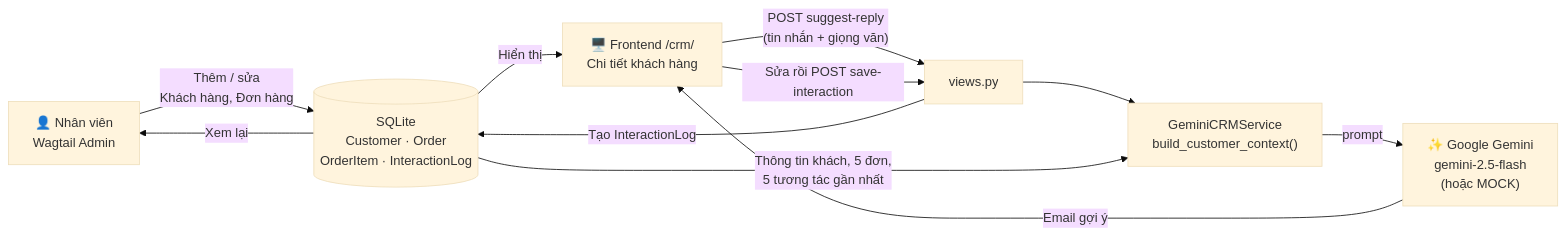
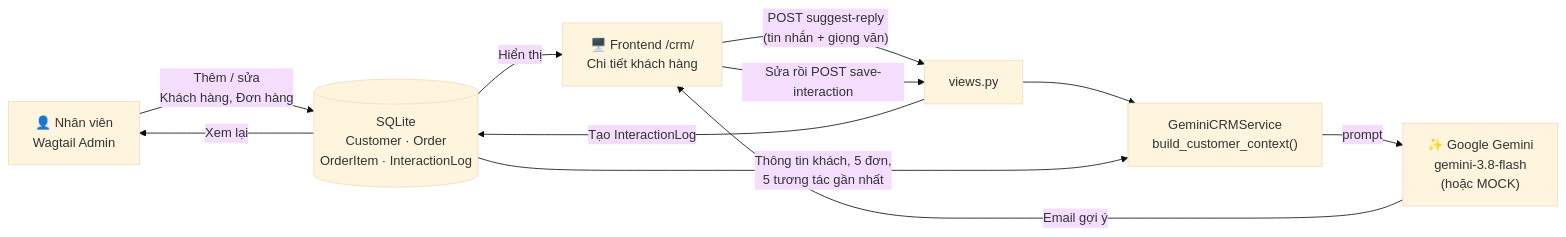
Before and after one commit to tbill111/Wagtail-CMS: the diagram in README.md, drawn with Mermaid (base theme). The commit also changed other lines of this file and 5 other files, not shown here.

First line of the commit message:
docs: hướng dẫn sử dụng & kiểm thử chi tiết; AI: model gemini-3.8-flash + model dự phòng

````diff
--- a/README.md
+++ b/README.md
@@ -28,13 +29,13 @@
 ```mermaid
 flowchart LR
     A["👤 Nhân viên<br/>Wagtail Admin"] -->|"Thêm / sửa<br/>Khách hàng, Đơn hàng"| DB[("SQLite<br/>Customer · Order<br/>OrderItem · InteractionLog")]
     DB -->|"Hiển thị"| F["🖥️ Frontend /crm/<br/>Chi tiết khách hàng"]
     F -->|"POST suggest-reply<br/>(tin nhắn + giọng văn)"| V["views.py"]
     V --> S["GeminiCRMService<br/>build_customer_context()"]
     DB -->|"Thông tin khách, 5 đơn,<br/>5 tương tác gần nhất"| S
-    S -->|"prompt"| G["✨ Google Gemini<br/>gemini-2.5-flash<br/>(hoặc MOCK)"]
+    S -->|"prompt"| G["✨ Google Gemini<br/>gemini-3.8-flash<br/>(hoặc MOCK)"]
     G -->|"Email gợi ý"| F
     F -->|"Sửa rồi POST save-interaction"| V
     V -->|"Tạo InteractionLog"| DB
     DB -->|"Xem lại"| A
 ```
````
